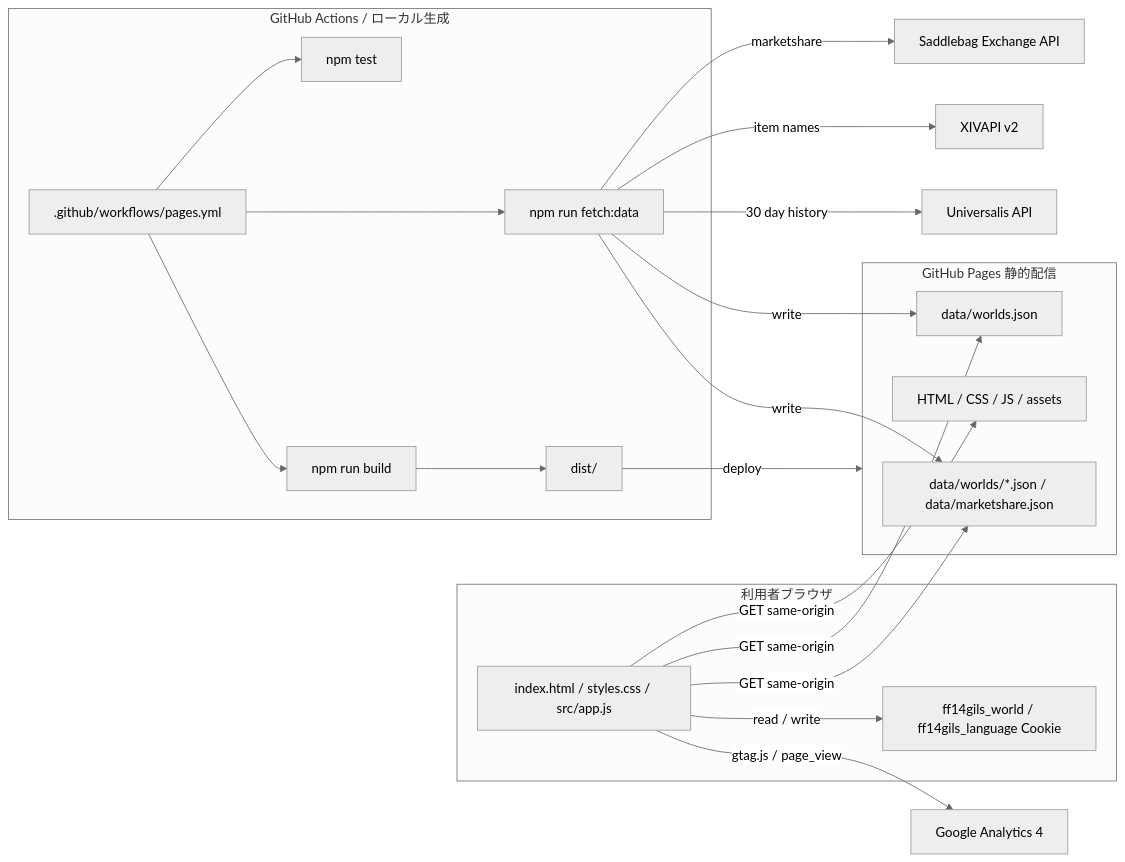
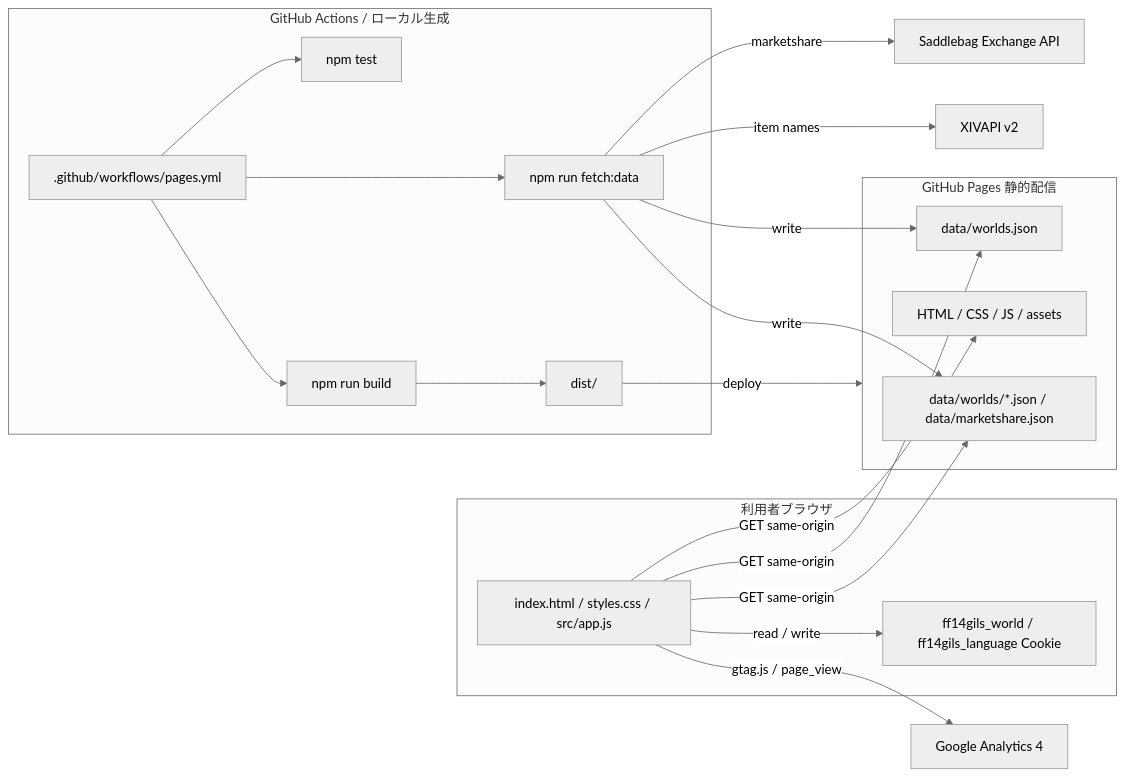
Before and after one commit to jinwktk/FF14Gils: the diagram in README.md, drawn with Mermaid (neutral theme). The commit also changed other lines of this file and 7 other files, not shown here.

````diff
--- a/README.md
+++ b/README.md
@@ -29,43 +28,41 @@
 ```mermaid
 flowchart LR
   subgraph Browser["利用者ブラウザ"]
     Ui["index.html / styles.css / src/app.js"]
     Cookie["ff14gils_world / ff14gils_language Cookie"]
   end
 
   subgraph Pages["GitHub Pages 静的配信"]
     Static["HTML / CSS / JS / assets"]
     WorldIndex["data/worlds.json"]
     Snapshots["data/worlds/*.json / data/marketshare.json"]
   end
 
   subgraph Pipeline["GitHub Actions / ローカル生成"]
     Workflow[".github/workflows/pages.yml"]
     Tests["npm test"]
     FetchData["npm run fetch:data"]
     Build["npm run build"]
     Dist["dist/"]
   end
 
   Saddlebag["Saddlebag Exchange API"]
   Xivapi["XIVAPI v2"]
-  Universalis["Universalis API"]
   Analytics["Google Analytics 4"]
 
   Ui -->|"GET same-origin"| Static
   Ui -->|"GET same-origin"| WorldIndex
   Ui -->|"GET same-origin"| Snapshots
   Ui -->|"read / write"| Cookie
   Ui -->|"gtag.js / page_view"| Analytics
 
   Workflow --> Tests
   Workflow --> FetchData
   Workflow --> Build
   FetchData -->|"marketshare"| Saddlebag
   FetchData -->|"item names"| Xivapi
-  FetchData -->|"30 day history"| Universalis
   FetchData -->|"write"| WorldIndex
   FetchData -->|"write"| Snapshots
   Build --> Dist
   Dist -->|"deploy"| Pages
 ```
````
